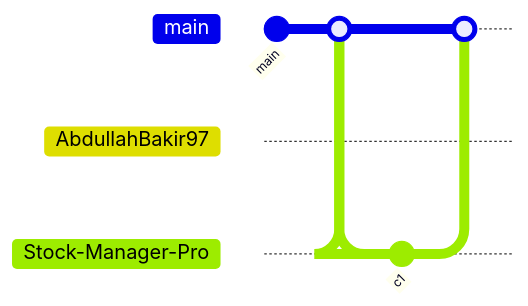
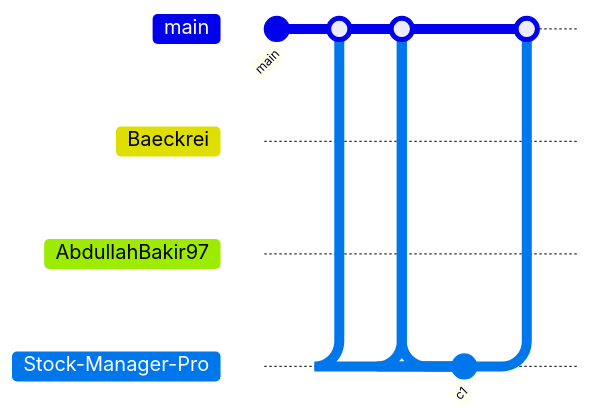
One commit to AbdullahBakir97/AbdullahBakir97 changed the diagram in README.md. Above: the diagram before and after it, drawn with Mermaid. The commit also changed other lines of this file and 7 other files, not shown here.

````diff
--- a/README.md
+++ b/README.md
@@ -336,14 +336,19 @@
 ```mermaid
 gitGraph
    commit id: "main"
+   branch Baeckrei
+   checkout Baeckrei
+   commit id: "c1"
+   checkout main
+   merge Baeckrei
    branch AbdullahBakir97
    checkout AbdullahBakir97
    commit id: "c1"
    checkout main
    merge AbdullahBakir97
    branch Stock-Manager-Pro
    checkout Stock-Manager-Pro
    commit id: "c1"
    checkout main
    merge Stock-Manager-Pro
 ```
````
